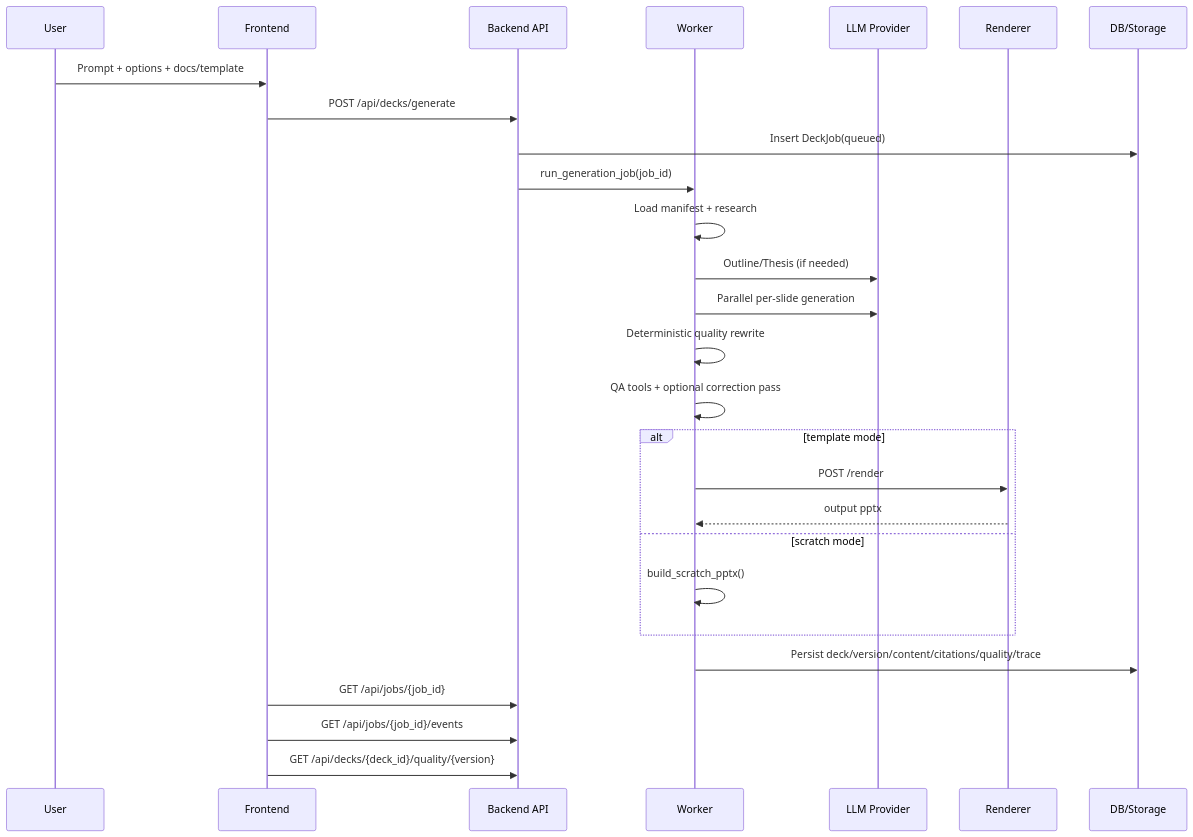
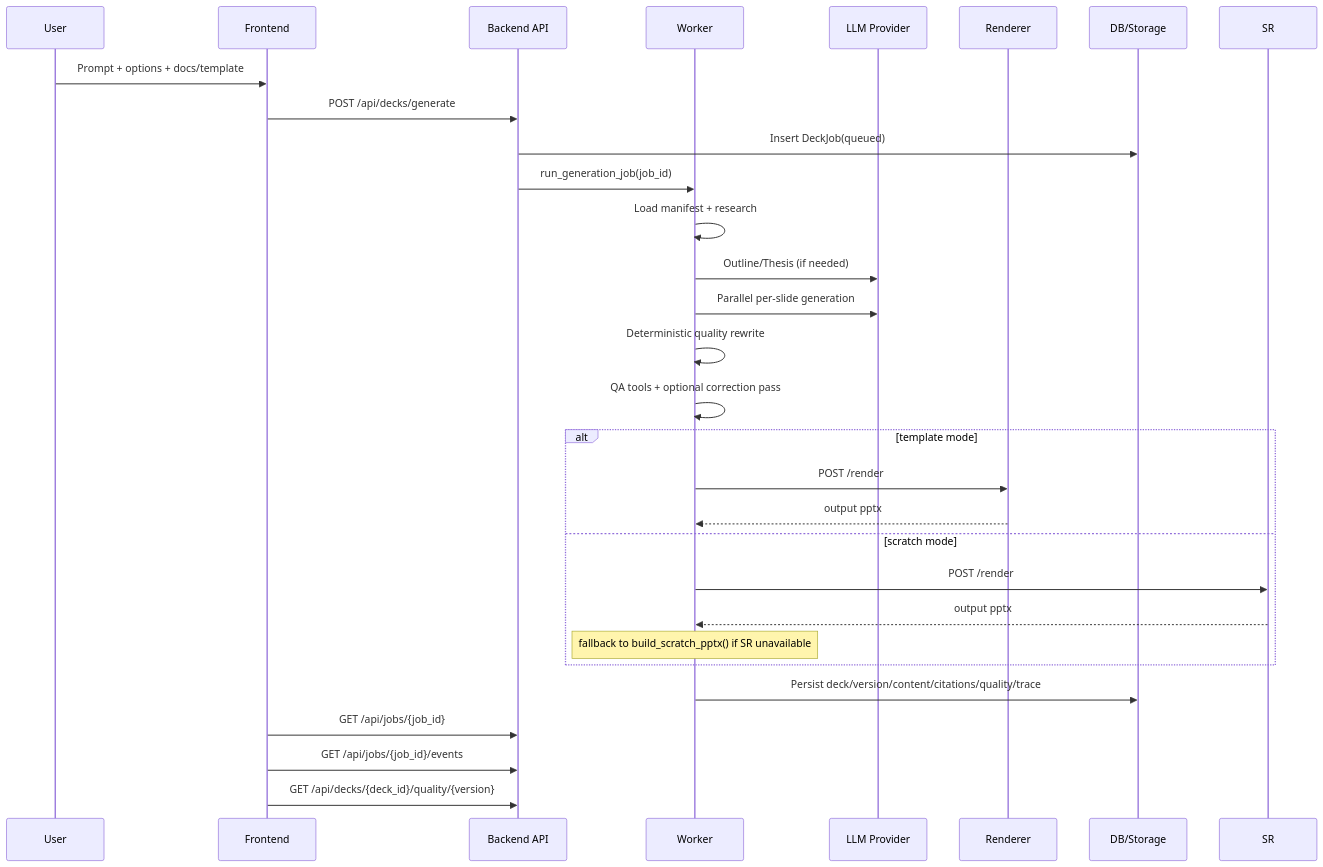
The second of 3 diagrams in docs/ARCHITECTURE.md (faiqhilman13/ppt-ting), drawn with Mermaid before and after one commit. The commit also changed other lines of this file and 4 other files, not shown here.

````diff
--- a/docs/ARCHITECTURE.md
+++ b/docs/ARCHITECTURE.md
@@ -111,32 +115,34 @@
 ```mermaid
 sequenceDiagram
     participant User
     participant FE as Frontend
     participant API as Backend API
     participant WK as Worker
     participant LLM as LLM Provider
     participant REN as Renderer
     participant DB as DB/Storage
 
     User->>FE: Prompt + options + docs/template
     FE->>API: POST /api/decks/generate
     API->>DB: Insert DeckJob(queued)
     API->>WK: run_generation_job(job_id)
 
     WK->>WK: Load manifest + research
     WK->>LLM: Outline/Thesis (if needed)
     WK->>LLM: Parallel per-slide generation
     WK->>WK: Deterministic quality rewrite
     WK->>WK: QA tools + optional correction pass
     alt template mode
         WK->>REN: POST /render
         REN-->>WK: output pptx
     else scratch mode
-        WK->>WK: build_scratch_pptx()
+        WK->>SR: POST /render
+        SR-->>WK: output pptx
+        Note over WK: fallback to build_scratch_pptx() if SR unavailable
     end
     WK->>DB: Persist deck/version/content/citations/quality/trace
 
     FE->>API: GET /api/jobs/{job_id}
     FE->>API: GET /api/jobs/{job_id}/events
     FE->>API: GET /api/decks/{deck_id}/quality/{version}
 ```
````
